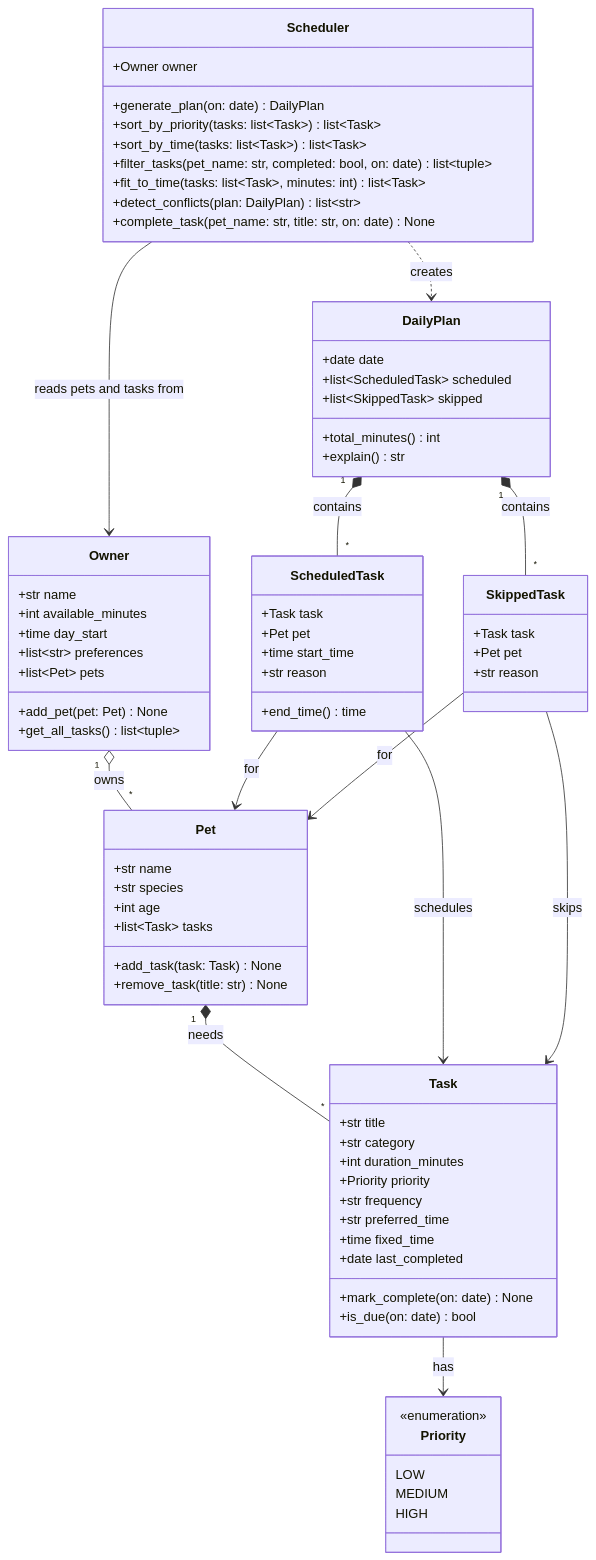
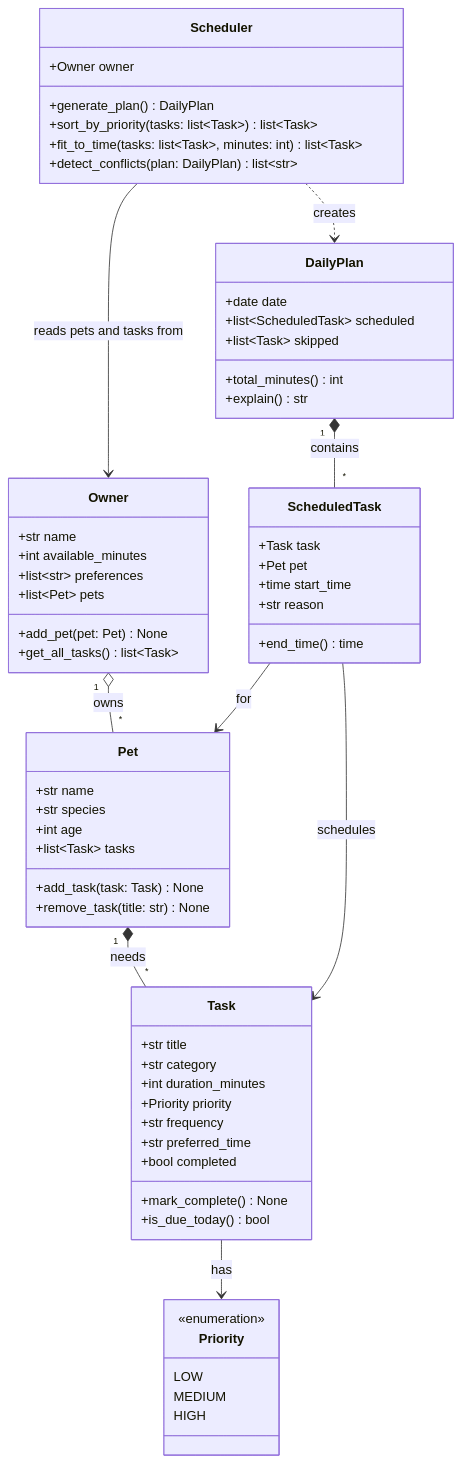
Before and after one commit to shaneilrose2/ai110-module2show-pawpal-starter: the diagram in diagrams/uml.mmd, drawn with Mermaid. The commit also changed 5 other files, not shown here.

```diff
--- a/diagrams/uml.mmd
+++ b/diagrams/uml.mmd
@@ -1,86 +1,70 @@
 classDiagram
-    %% PawPal+ design. Keep this file updated so it matches your final implementation.
-
     class Owner {
         +str name
         +int available_minutes
-        +time day_start
         +list~str~ preferences
         +list~Pet~ pets
         +add_pet(pet: Pet) None
-        +get_all_tasks() list~tuple~
+        +get_all_tasks() list~Task~
     }
 
     class Pet {
         +str name
         +str species
         +int age
         +list~Task~ tasks
         +add_task(task: Task) None
         +remove_task(title: str) None
     }
 
     class Task {
         +str title
         +str category
         +int duration_minutes
         +Priority priority
         +str frequency
         +str preferred_time
-        +time fixed_time
-        +date last_completed
-        +mark_complete(on: date) None
-        +is_due(on: date) bool
+        +bool completed
+        +mark_complete() None
+        +is_due_today() bool
     }
 
     class Priority {
         <<enumeration>>
         LOW
         MEDIUM
         HIGH
     }
 
     class Scheduler {
         +Owner owner
-        +generate_plan(on: date) DailyPlan
+        +generate_plan() DailyPlan
         +sort_by_priority(tasks: list~Task~) list~Task~
-        +sort_by_time(tasks: list~Task~) list~Task~
-        +filter_tasks(pet_name: str, completed: bool, on: date) list~tuple~
         +fit_to_time(tasks: list~Task~, minutes: int) list~Task~
         +detect_conflicts(plan: DailyPlan) list~str~
-        +complete_task(pet_name: str, title: str, on: date) None
     }
 
     class DailyPlan {
         +date date
         +list~ScheduledTask~ scheduled
-        +list~SkippedTask~ skipped
+        +list~Task~ skipped
         +total_minutes() int
         +explain() str
     }
 
     class ScheduledTask {
         +Task task
         +Pet pet
         +time start_time
         +str reason
         +end_time() time
     }
 
-    class SkippedTask {
-        +Task task
-        +Pet pet
-        +str reason
-    }
-
     Owner "1" o-- "*" Pet : owns
     Pet "1" *-- "*" Task : needs
     Task --> Priority : has
     Scheduler --> Owner : reads pets and tasks from
     Scheduler ..> DailyPlan : creates
     DailyPlan "1" *-- "*" ScheduledTask : contains
-    DailyPlan "1" *-- "*" SkippedTask : contains
     ScheduledTask --> Task : schedules
     ScheduledTask --> Pet : for
-    SkippedTask --> Task : skips
-    SkippedTask --> Pet : for
```
